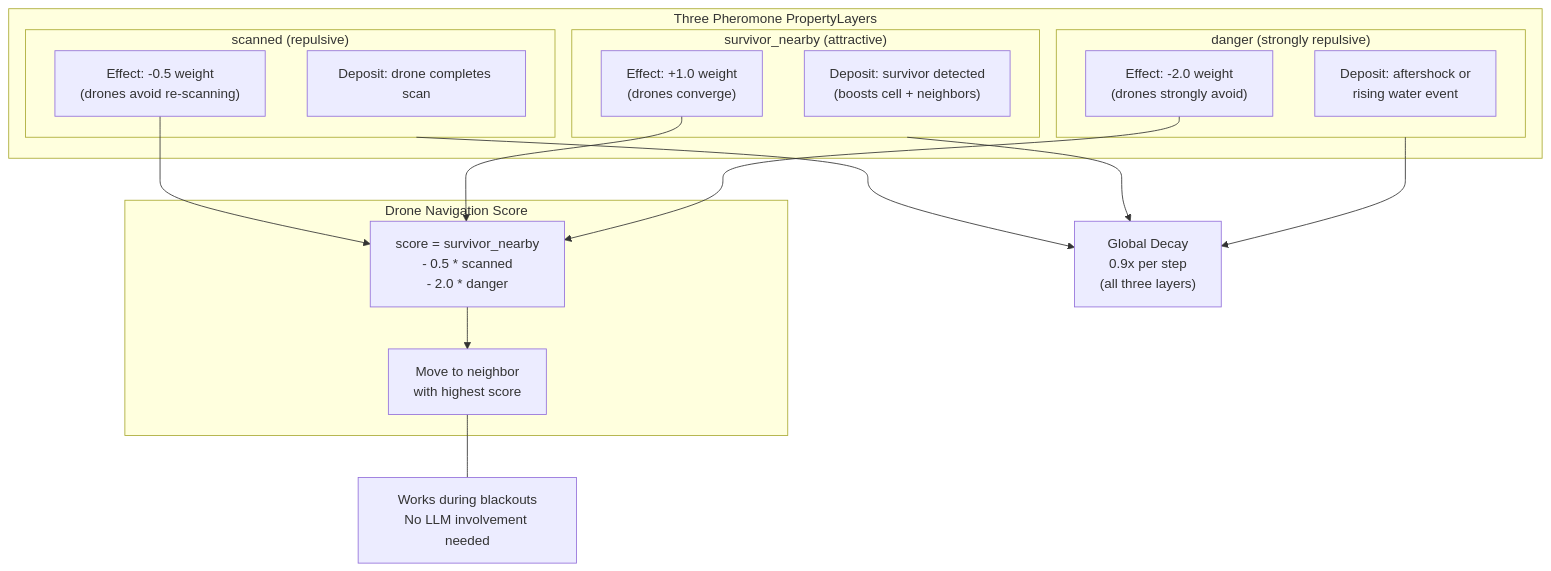
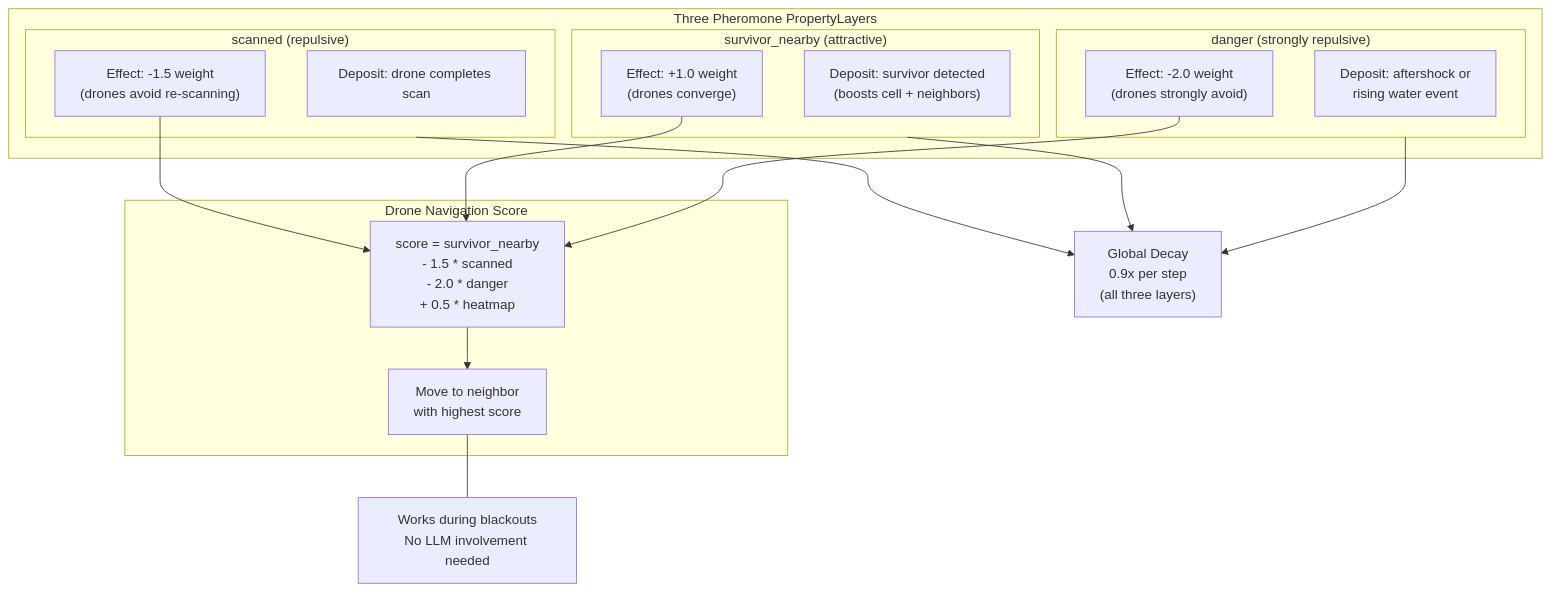
Before and after one commit to Andersonnn7788/drone-agents: the fourth of 8 diagrams in README.md, drawn with Mermaid. The commit also changed other lines of this file and 20 other files, not shown here.

Commit message:
fix all the bugs and update readme and architecture

````diff
--- a/README.md
+++ b/README.md
@@ -171,36 +175,36 @@
 ```mermaid
 flowchart TB
     subgraph Layers["Three Pheromone PropertyLayers"]
         subgraph Scanned["scanned (repulsive)"]
             S_DEP["Deposit: drone completes scan"]
-            S_EFF["Effect: -0.5 weight<br>(drones avoid re-scanning)"]
+            S_EFF["Effect: -1.5 weight<br>(drones avoid re-scanning)"]
         end
         subgraph Survivor["survivor_nearby (attractive)"]
             SN_DEP["Deposit: survivor detected<br>(boosts cell + neighbors)"]
             SN_EFF["Effect: +1.0 weight<br>(drones converge)"]
         end
         subgraph Danger["danger (strongly repulsive)"]
             D_DEP["Deposit: aftershock or<br>rising water event"]
             D_EFF["Effect: -2.0 weight<br>(drones strongly avoid)"]
         end
     end
 
     DECAY["Global Decay<br>0.9x per step<br>(all three layers)"]
 
     Scanned --> DECAY
     Survivor --> DECAY
     Danger --> DECAY
 
     subgraph Navigation["Drone Navigation Score"]
-        FORMULA["score = survivor_nearby<br>        - 0.5 * scanned<br>        - 2.0 * danger"]
+        FORMULA["score = survivor_nearby<br>        - 1.5 * scanned<br>        - 2.0 * danger<br>        + 0.5 * heatmap"]
         BEST["Move to neighbor<br>with highest score"]
     end
 
     S_EFF --> FORMULA
     SN_EFF --> FORMULA
     D_EFF --> FORMULA
     FORMULA --> BEST
 
     NOTE["Works during blackouts<br>No LLM involvement needed"]
     BEST --- NOTE
 ```
````
